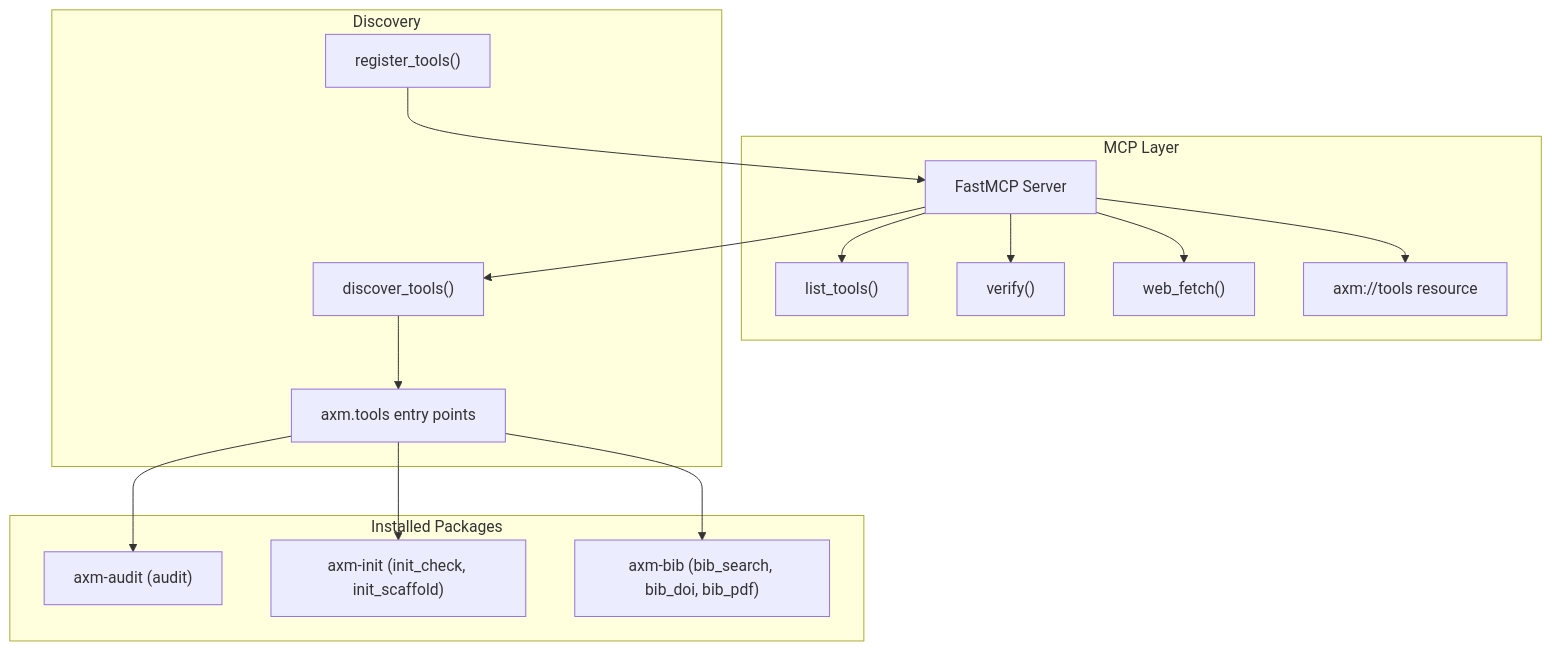
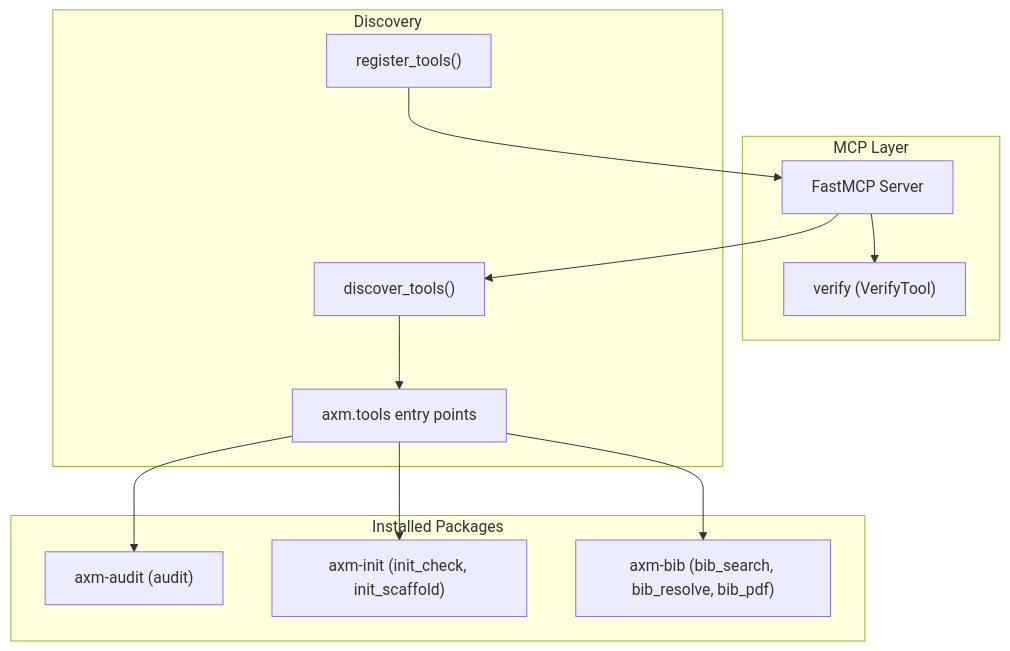
One commit to axm-protocols/axm-forge changed the first of 5 diagrams in docs/explanation/architecture.md. Above: the diagram before and after it, drawn with Mermaid. The commit also changed other lines of this file and 3 other files, not shown here.

First line of the commit message:
docs(axm-mcp): align prose docs with actual MCP server wiring

````diff
--- a/docs/explanation/architecture.md
+++ b/docs/explanation/architecture.md
@@ -7,33 +7,27 @@
 ```mermaid
 graph TD
     subgraph "MCP Layer"
         Server["FastMCP Server"]
-        ListTools["list_tools()"]
-        Verify["verify()"]
-        WebFetch["web_fetch()"]
-        Catalog["axm://tools resource"]
+        Verify["verify (VerifyTool)"]
     end
 
     subgraph "Discovery"
         Discover["discover_tools()"]
         Register["register_tools()"]
         EP["axm.tools entry points"]
     end
 
     subgraph "Installed Packages"
         Audit["axm-audit (audit)"]
         Init["axm-init (init_check, init_scaffold)"]
-        Bib["axm-bib (bib_search, bib_doi, bib_pdf)"]
+        Bib["axm-bib (bib_search, bib_resolve, bib_pdf)"]
     end
 
-    Server --> ListTools
     Server --> Verify
-    Server --> WebFetch
-    Server --> Catalog
     Server --> Discover
     Discover --> EP
     EP --> Audit
     EP --> Init
     EP --> Bib
     Register --> Server
 ```
````
